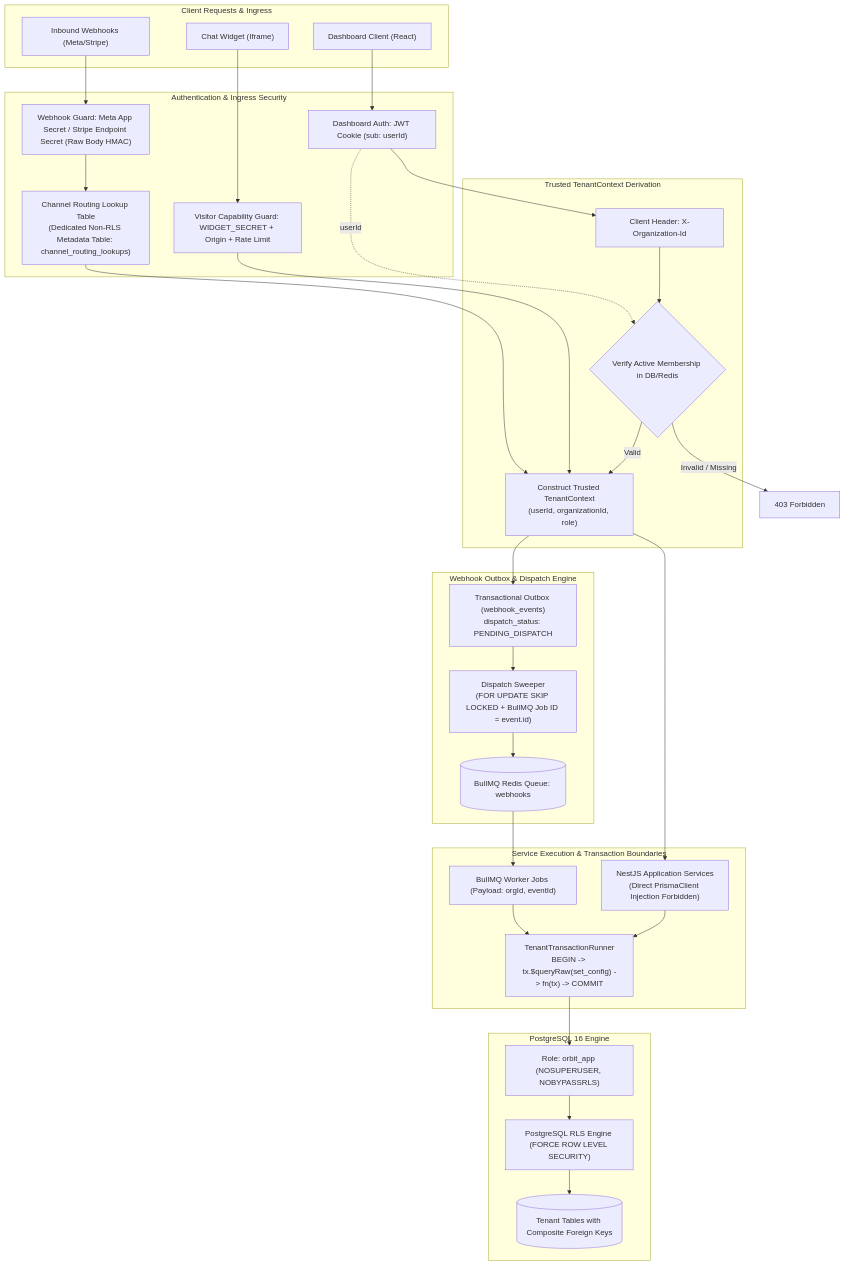
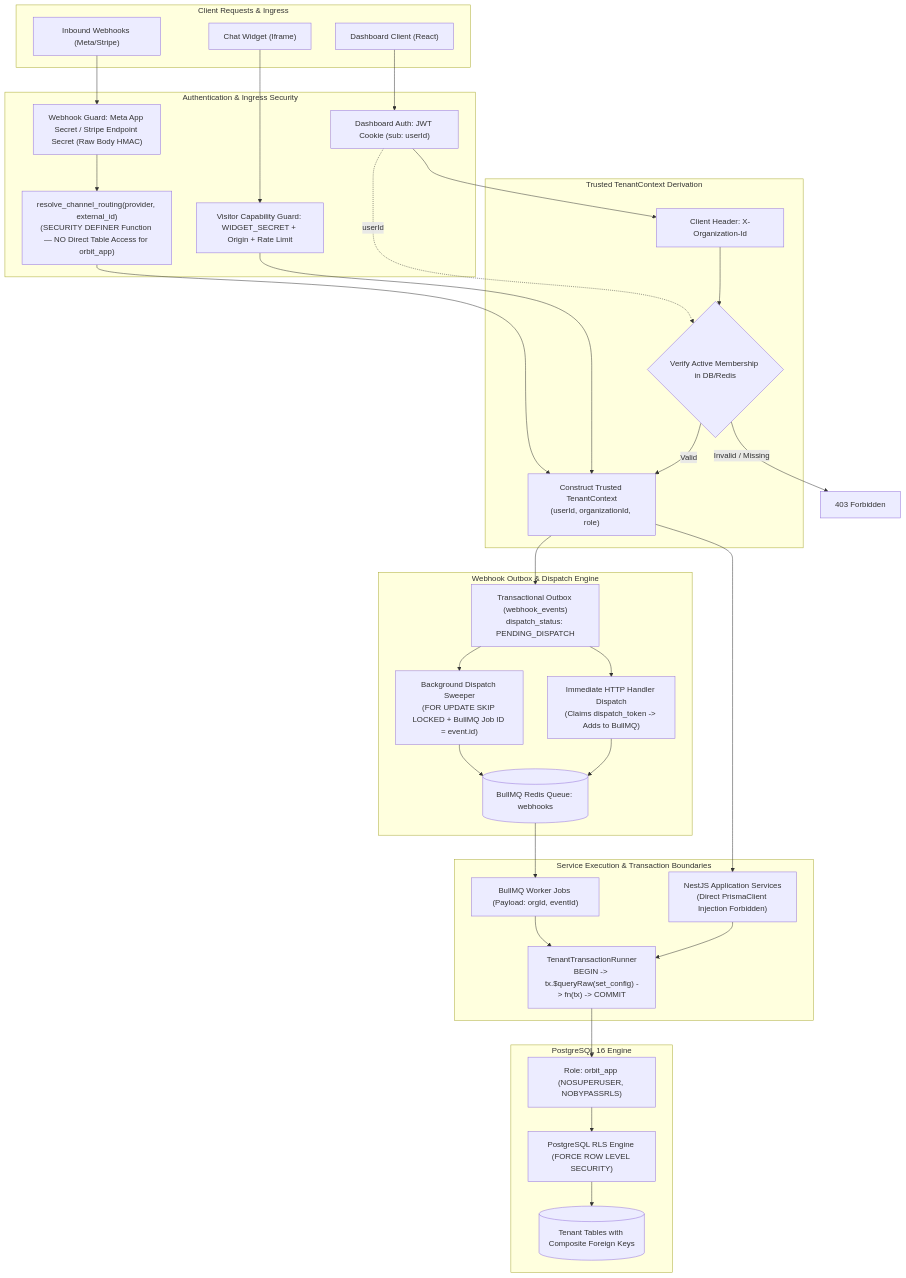
The first of 5 diagrams in docs/ARCHITECTURE.md (HarshParyani33/orbit), drawn with Mermaid before and after one commit. The commit also changed other lines of this file, not shown here.

Commit message:
docs: update architecture specification v1.1.3

````diff
--- a/docs/ARCHITECTURE.md
+++ b/docs/ARCHITECTURE.md
@@ -59,56 +59,58 @@
 ```mermaid
 flowchart TD
     subgraph Ingress["Client Requests & Ingress"]
         WebDash["Dashboard Client (React)"]
         ChatWidget["Chat Widget (Iframe)"]
         Webhooks["Inbound Webhooks (Meta/Stripe)"]
     end
 
     subgraph AuthLayer["Authentication & Ingress Security"]
         DashAuth["Dashboard Auth: JWT Cookie (sub: userId)"]
         WidgetAuth["Visitor Capability Guard: WIDGET_SECRET + Origin + Rate Limit"]
         WebhookAuth["Webhook Guard: Meta App Secret / Stripe Endpoint Secret (Raw Body HMAC)"]
-        RoutingLookup["Channel Routing Lookup Table\n(Dedicated Non-RLS Metadata Table: channel_routing_lookups)"]
+        RoutingSecurityDefiner["resolve_channel_routing(provider, external_id)\n(SECURITY DEFINER Function — NO Direct Table Access for orbit_app)"]
     end
 
     subgraph TenantResolution["Trusted TenantContext Derivation"]
         ReqOrgHeader["Client Header: X-Organization-Id"]
         VerifyMembership{"Verify Active Membership in DB/Redis"}
         MakeTenantContext["Construct Trusted TenantContext\n(userId, organizationId, role)"]
     end
 
     subgraph OutboxDispatcher["Webhook Outbox & Dispatch Engine"]
         OutboxTable["Transactional Outbox (webhook_events)\ndispatch_status: PENDING_DISPATCH"]
-        DispatchSweeper["Dispatch Sweeper\n(FOR UPDATE SKIP LOCKED + BullMQ Job ID = event.id)"]
+        ImmediateDispatch["Immediate HTTP Handler Dispatch\n(Claims dispatch_token -> Adds to BullMQ)"]
+        DispatchSweeper["Background Dispatch Sweeper\n(FOR UPDATE SKIP LOCKED + BullMQ Job ID = event.id)"]
         BullMQQueue[("BullMQ Redis Queue: webhooks")]
     end
 
     subgraph ExecutionPlane["Service Execution & Transaction Boundaries"]
         NestServices["NestJS Application Services\n(Direct PrismaClient Injection Forbidden)"]
         WorkerJobs["BullMQ Worker Jobs (Payload: orgId, eventId)"]
         TenantRunner["TenantTransactionRunner\nBEGIN -> tx.$queryRaw(set_config) -> fn(tx) -> COMMIT"]
     end
 
     subgraph DataPlane["PostgreSQL 16 Engine"]
         RoleApp["Role: orbit_app (NOSUPERUSER, NOBYPASSRLS)"]
         RLS["PostgreSQL RLS Engine (FORCE ROW LEVEL SECURITY)"]
         Tables[("Tenant Tables with Composite Foreign Keys")]
     end
 
     WebDash --> DashAuth --> ReqOrgHeader
     ReqOrgHeader --> VerifyMembership
     DashAuth -.->|userId| VerifyMembership
     VerifyMembership -->|Valid| MakeTenantContext
     VerifyMembership -->|Invalid / Missing| Deny403["403 Forbidden"]
 
     ChatWidget --> WidgetAuth --> MakeTenantContext
-    Webhooks --> WebhookAuth --> RoutingLookup --> MakeTenantContext
+    Webhooks --> WebhookAuth --> RoutingSecurityDefiner --> MakeTenantContext
     MakeTenantContext --> OutboxTable
+    OutboxTable --> ImmediateDispatch --> BullMQQueue
     OutboxTable --> DispatchSweeper --> BullMQQueue
 
     MakeTenantContext --> NestServices
     NestServices --> TenantRunner
     BullMQQueue --> WorkerJobs --> TenantRunner
 
     TenantRunner --> RoleApp --> RLS --> Tables
 ```
````
